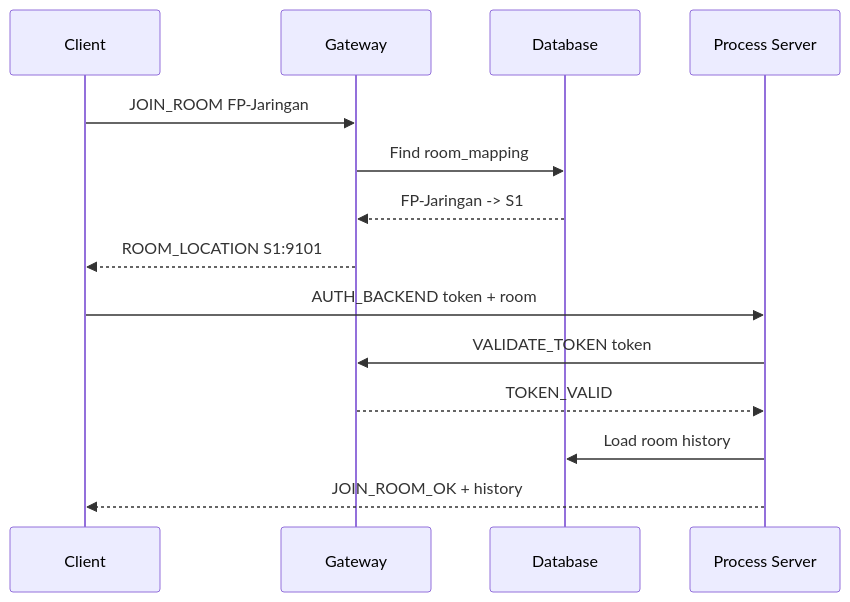
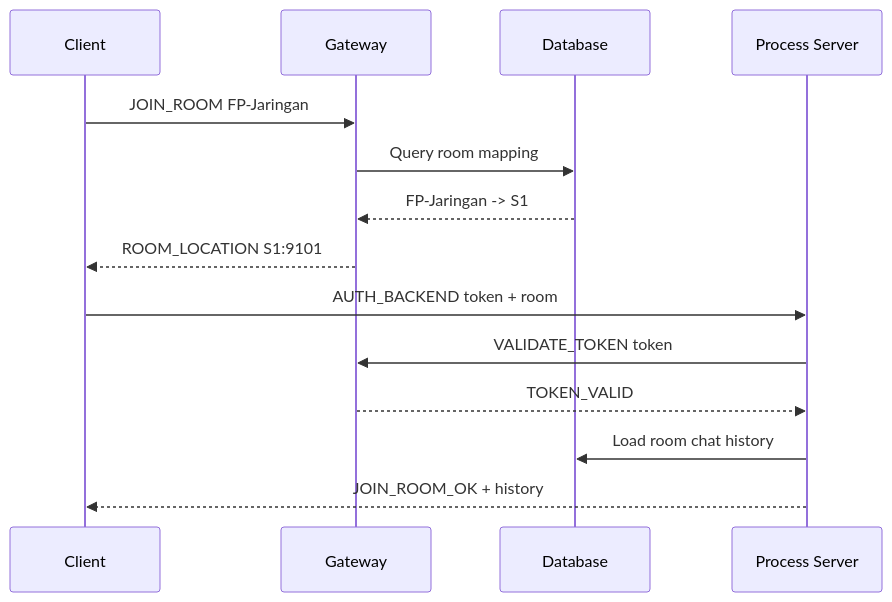
The fifth of 7 diagrams in docs/ARCHITECTURE.md (erlanggardr/netcourier), drawn with Mermaid before and after one commit. The commit also changed other lines of this file and 13 other files, not shown here.

````diff
--- a/docs/ARCHITECTURE.md
+++ b/docs/ARCHITECTURE.md
@@ -294,17 +282,17 @@
 ```mermaid
 sequenceDiagram
     participant C as Client
     participant G as Gateway
     participant DB as Database
     participant S as Process Server
 
     C->>G: JOIN_ROOM FP-Jaringan
-    G->>DB: Find room_mapping
+    G->>DB: Query room mapping
     DB-->>G: FP-Jaringan -> S1
     G-->>C: ROOM_LOCATION S1:9101
     C->>S: AUTH_BACKEND token + room
     S->>G: VALIDATE_TOKEN token
     G-->>S: TOKEN_VALID
-    S->>DB: Load room history
+    S->>DB: Load room chat history
     S-->>C: JOIN_ROOM_OK + history
 ```
````
